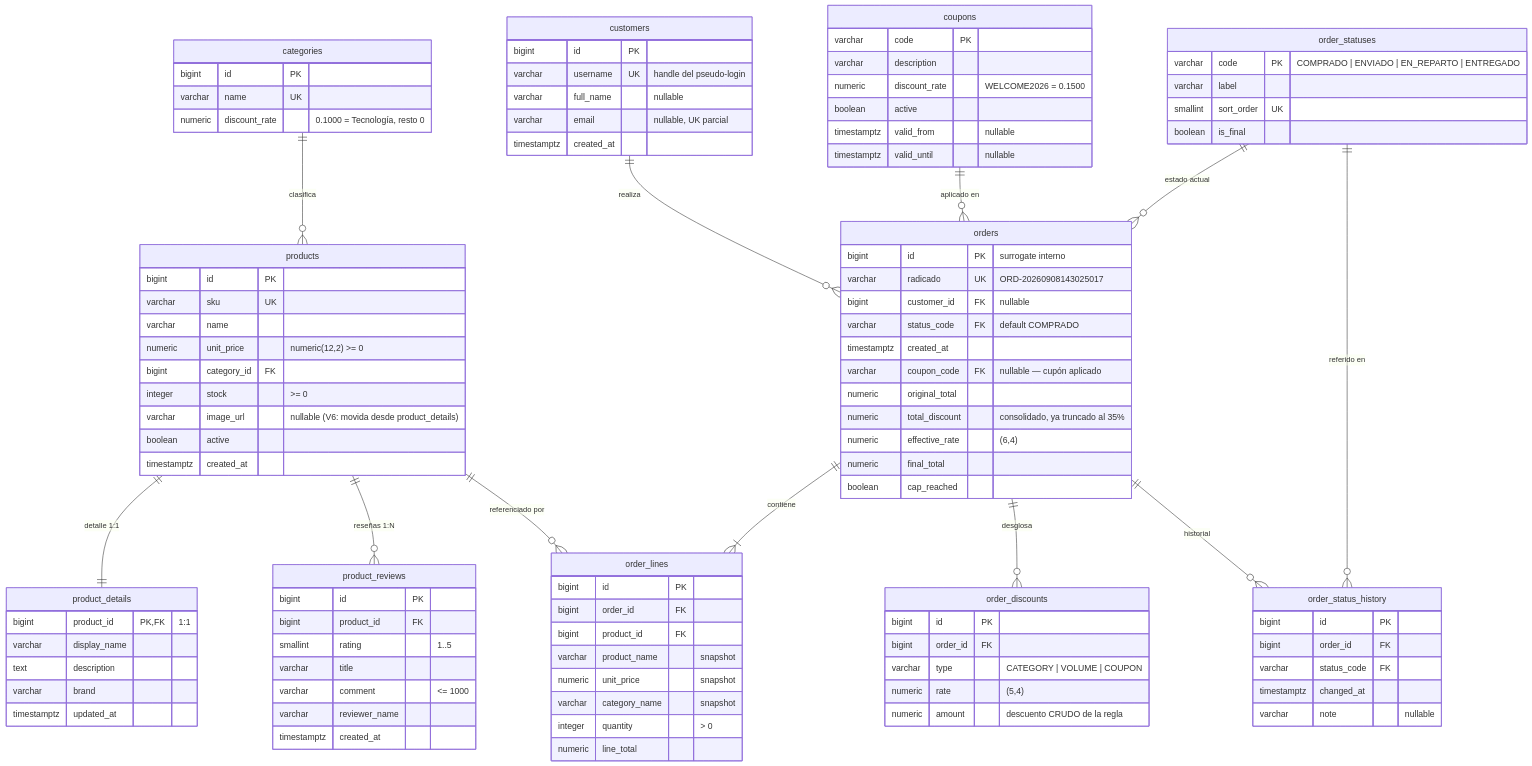
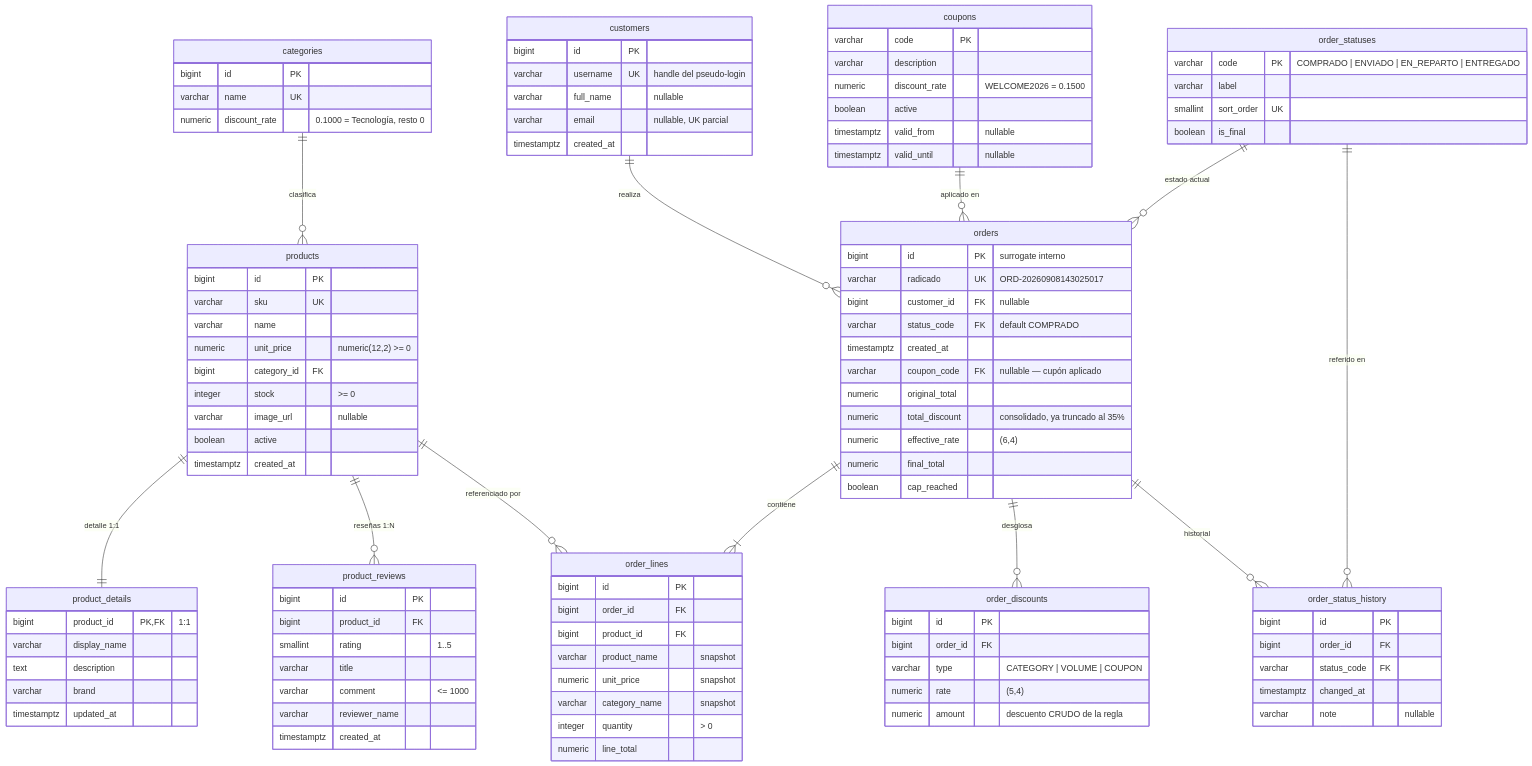
One commit to nrodriguezvar17/examen-ecommerce changed the diagram in docs/modelo-datos.md. Above: the diagram before and after it, drawn with Mermaid. The commit also changed 2 other files, not shown here.

Commit message:
docs: saca el guion de sustentación del repo
El guion de la demo de 20 min es material de preparación personal, no algo que
un revisor del repo necesite. Se elimina docs/demo.md y sus enlaces en el
README; queda como archivo privado fuera del repo.

(incluye un retoque menor del comentario del ERD en modelo-datos.md)

```diff
--- a/docs/modelo-datos.md
+++ b/docs/modelo-datos.md
@@ -73,7 +73,7 @@
         numeric     unit_price  "numeric(12,2) >= 0"
         bigint      category_id FK
         integer     stock       ">= 0"
-        varchar     image_url   "nullable (V6: movida desde product_details)"
+        varchar     image_url   "nullable"
         boolean     active
         timestamptz created_at
     }
```
